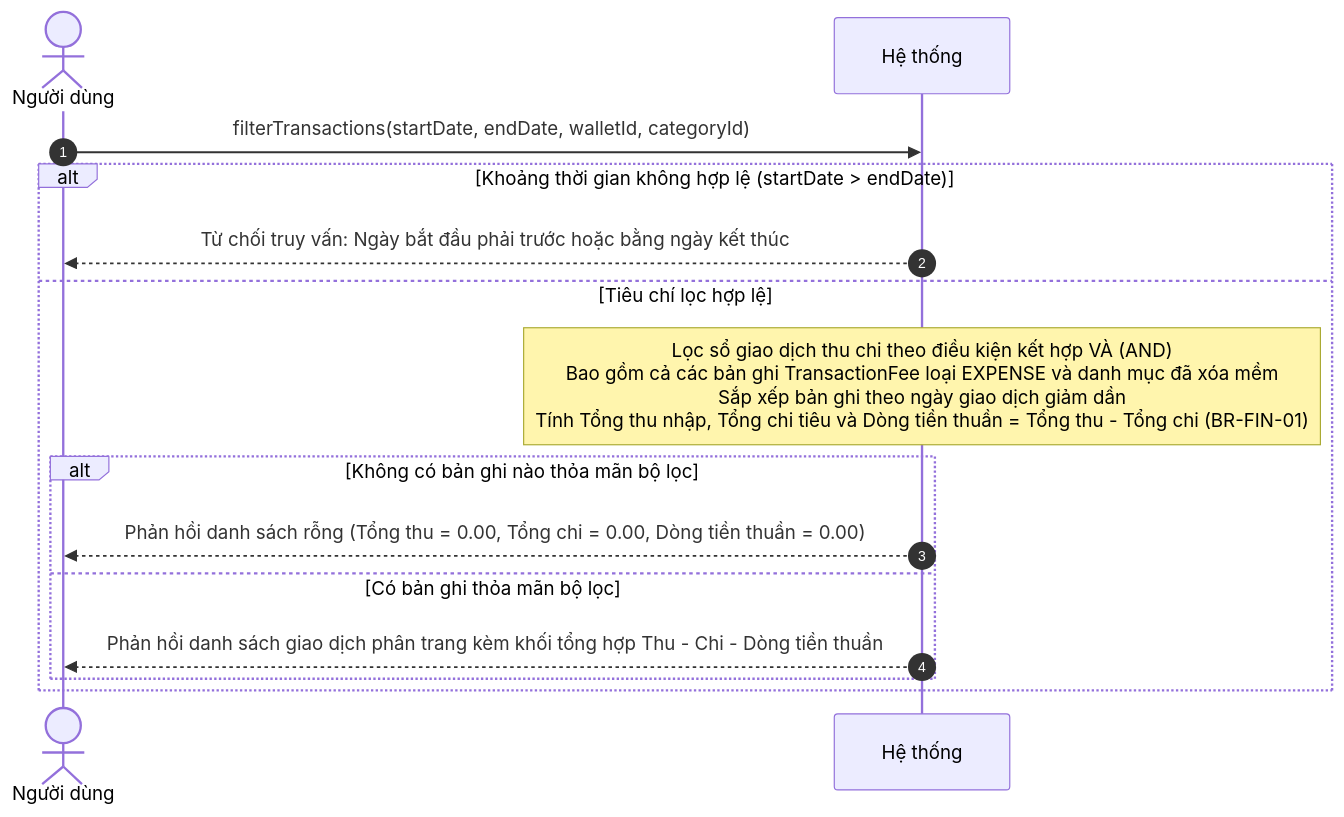
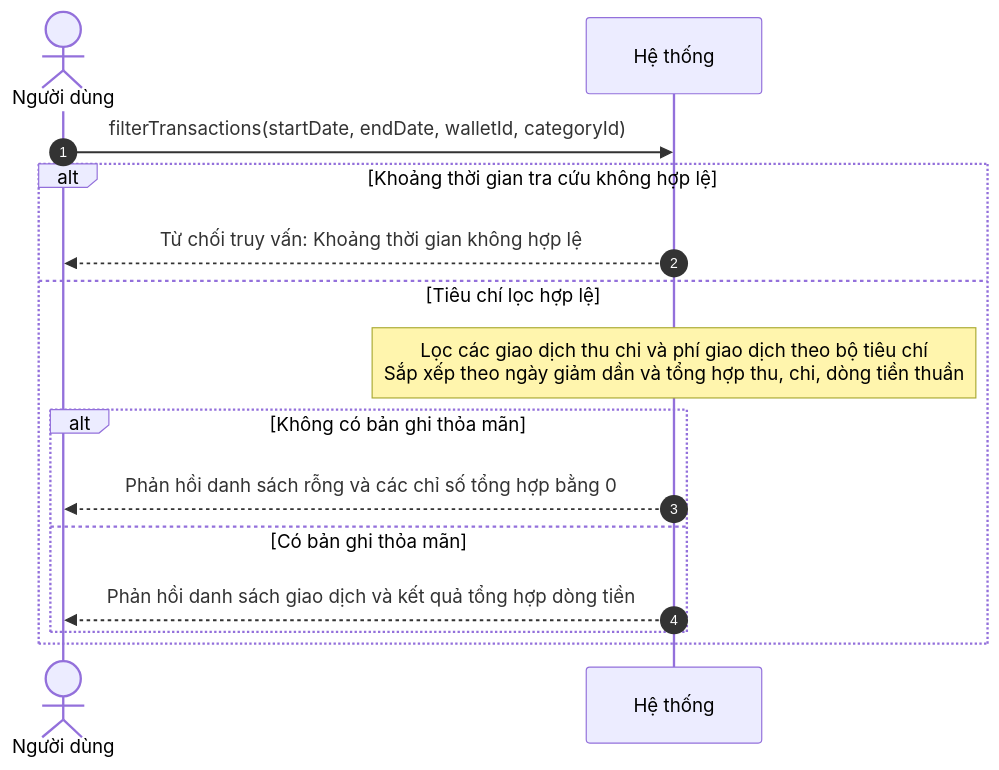
Before and after one commit to mynhleeh/pfms-oop: the sixth of 20 diagrams in docs/object-oriented-analysis/03-so-do-tuan-tu-he-thong-ssd.md, drawn with Mermaid. The commit also changed other lines of this file and 3 other files, not shown here.

Commit message:
docs(ood): 03 04 05 06 - fix the rule and errror notation - fix the diagrams

````diff
--- a/docs/object-oriented-analysis/03-so-do-tuan-tu-he-thong-ssd.md
+++ b/docs/object-oriented-analysis/03-so-do-tuan-tu-he-thong-ssd.md
@@ -253,18 +249,18 @@
 ```mermaid
 sequenceDiagram
     autonumber
     actor User as Người dùng
     participant System as Hệ thống
 
     User->>System: filterTransactions(startDate, endDate, walletId, categoryId)
-    alt Khoảng thời gian không hợp lệ (startDate > endDate)
-        System-->>User: Từ chối truy vấn: Ngày bắt đầu phải trước hoặc bằng ngày kết thúc
+    alt Khoảng thời gian tra cứu không hợp lệ
+        System-->>User: Từ chối truy vấn: Khoảng thời gian không hợp lệ
     else Tiêu chí lọc hợp lệ
-        Note over System: Lọc sổ giao dịch thu chi theo điều kiện kết hợp VÀ (AND)<br/>Bao gồm cả các bản ghi TransactionFee loại EXPENSE và danh mục đã xóa mềm<br/>Sắp xếp bản ghi theo ngày giao dịch giảm dần<br/>Tính Tổng thu nhập, Tổng chi tiêu và Dòng tiền thuần = Tổng thu - Tổng chi (BR-FIN-01)
-        alt Không có bản ghi nào thỏa mãn bộ lọc
-            System-->>User: Phản hồi danh sách rỗng (Tổng thu = 0.00, Tổng chi = 0.00, Dòng tiền thuần = 0.00)
-        else Có bản ghi thỏa mãn bộ lọc
-            System-->>User: Phản hồi danh sách giao dịch phân trang kèm khối tổng hợp Thu - Chi - Dòng tiền thuần
+        Note over System: Lọc các giao dịch thu chi và phí giao dịch theo bộ tiêu chí<br/>Sắp xếp theo ngày giảm dần và tổng hợp thu, chi, dòng tiền thuần
+        alt Không có bản ghi thỏa mãn
+            System-->>User: Phản hồi danh sách rỗng và các chỉ số tổng hợp bằng 0
+        else Có bản ghi thỏa mãn
+            System-->>User: Phản hồi danh sách giao dịch và kết quả tổng hợp dòng tiền
         end
     end
 ```
````
